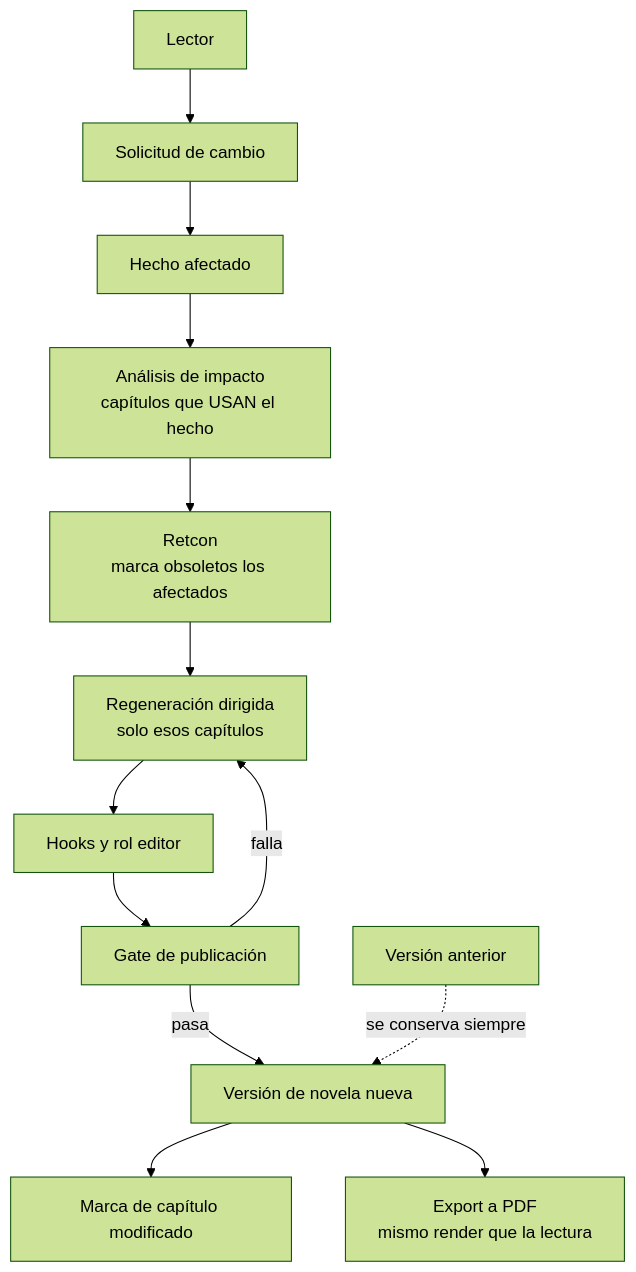
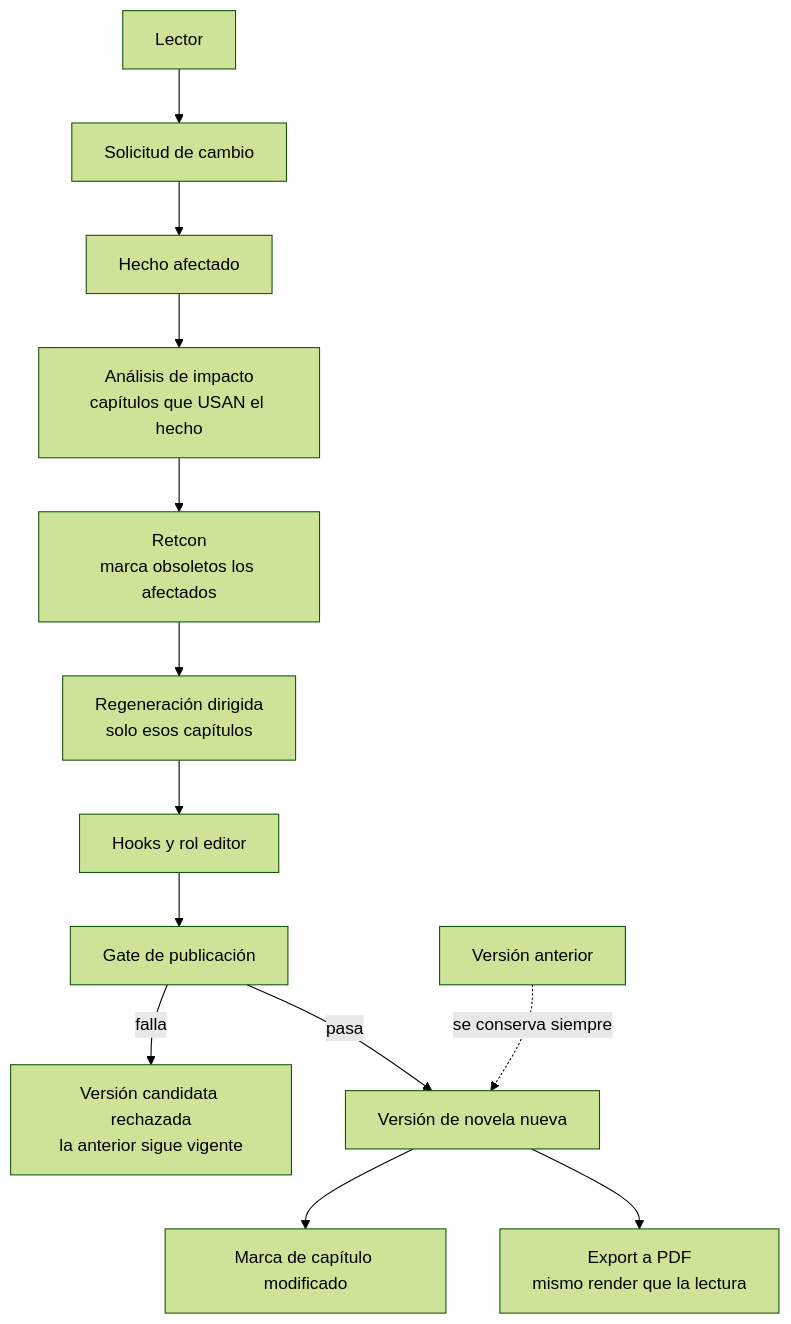
Before and after one commit to BrunoCrz3/MyStory: diagram 21 of 22 in docs/domain-knowledge.md, drawn with Mermaid (forest theme). The commit also changed other lines of this file and 1 other file, not shown here.

First line of the commit message:
Añadir a la ontología el estado de la versión de novela: candidata, publicada o rechazada

````diff
--- a/docs/domain-knowledge.md
+++ b/docs/domain-knowledge.md
@@ -431,15 +444,15 @@
 ```mermaid
 flowchart TD
   LEC[Lector] --> SC[Solicitud de cambio]
   SC --> HEC[Hecho afectado]
   HEC --> AI[Análisis de impacto<br/>capítulos que USAN el hecho]
   AI --> RT[Retcon<br/>marca obsoletos los afectados]
   RT --> RG[Regeneración dirigida<br/>solo esos capítulos]
   RG --> HOK[Hooks y rol editor]
   HOK --> GT[Gate de publicación]
-  GT -->|falla| RG
+  GT -->|falla| RCH[Versión candidata rechazada<br/>la anterior sigue vigente]
   GT -->|pasa| NV[Versión de novela nueva]
   NV --> MRC[Marca de capítulo modificado]
   NV --> EXP[Export a PDF<br/>mismo render que la lectura]
   ANT[Versión anterior] -.->|se conserva siempre| NV
 ```
````
